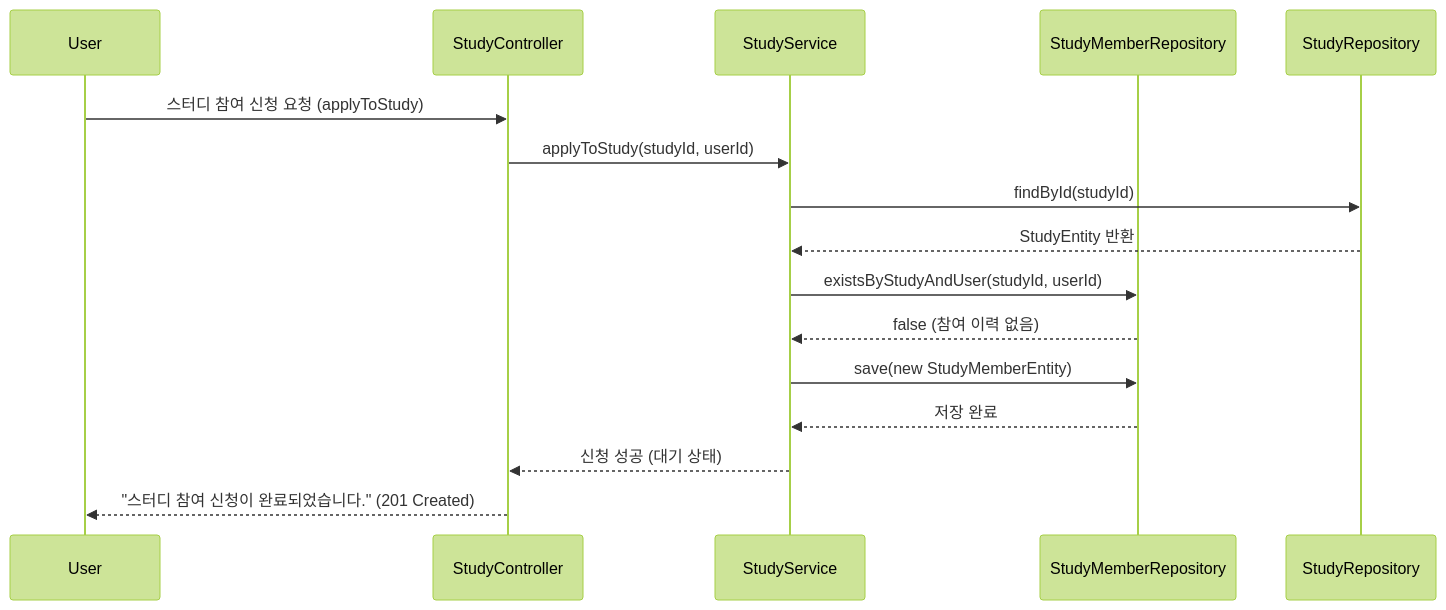
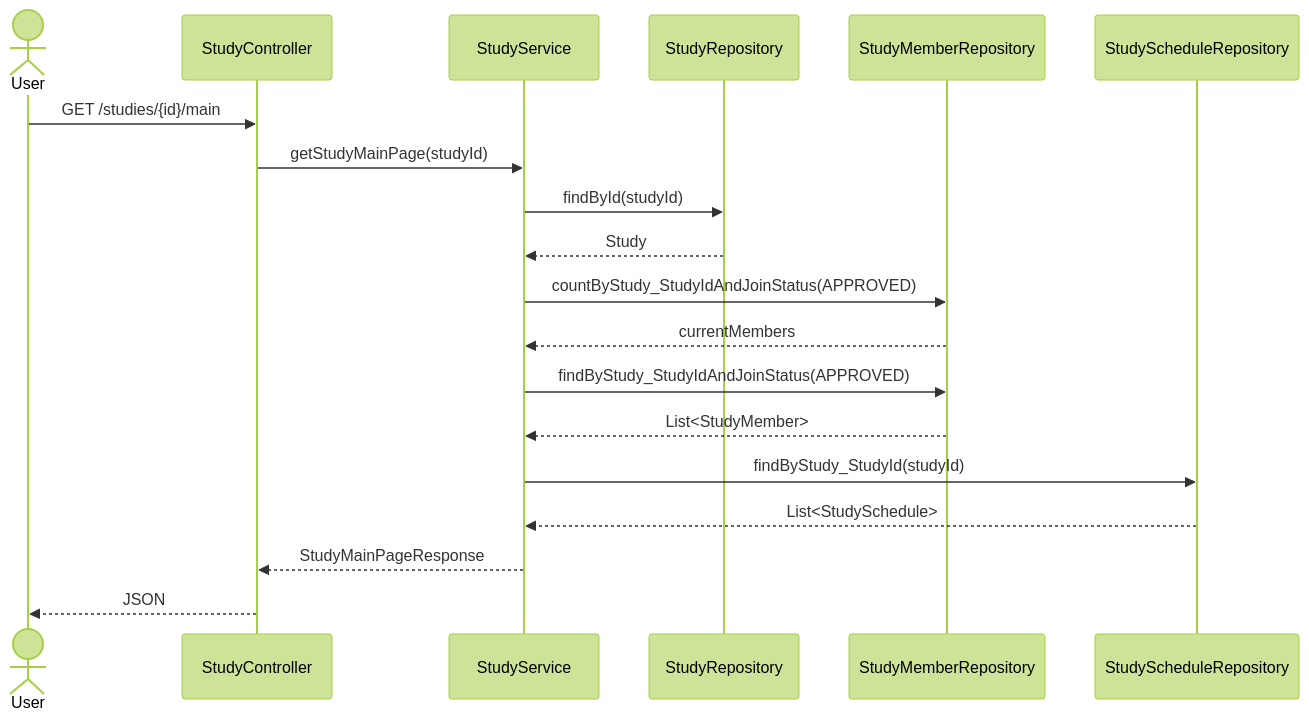
Before and after one commit to OHWCH/se_dev: diagram 18 of 47 in SDS_[깃라잡이].md, drawn with Mermaid (forest theme). The commit also changed other lines of this file, not shown here.

Commit message:
스터디 시퀀스 다이어그램

````diff
--- a/SDS_[깃라잡이].md
+++ b/SDS_[깃라잡이].md
@@ -5012,20 +5048,22 @@
 ```mermaid
 sequenceDiagram
-    participant User
-    participant StudyController
-    participant StudyService
-    participant StudyMemberRepository
-    participant StudyRepository
+    actor User
+    User ->> StudyController: GET /studies/{id}/main
 
-    User->>StudyController: 스터디 참여 신청 요청 (applyToStudy)
-    StudyController->>StudyService: applyToStudy(studyId, userId)
-    StudyService->>StudyRepository: findById(studyId)
-    StudyRepository-->>StudyService: StudyEntity 반환
-    StudyService->>StudyMemberRepository: existsByStudyAndUser(studyId, userId)
-    StudyMemberRepository-->>StudyService: false (참여 이력 없음)
-    StudyService->>StudyMemberRepository: save(new StudyMemberEntity)
-    StudyMemberRepository-->>StudyService: 저장 완료
-    StudyService-->>StudyController: 신청 성공 (대기 상태)
-    StudyController-->>User: "스터디 참여 신청이 완료되었습니다." (201 Created)
+    StudyController ->> StudyService: getStudyMainPage(studyId)
+    StudyService ->> StudyRepository: findById(studyId)
+    StudyRepository -->> StudyService: Study
+
+    StudyService ->> StudyMemberRepository: countByStudy_StudyIdAndJoinStatus(APPROVED)
+    StudyMemberRepository -->> StudyService: currentMembers
+
+    StudyService ->> StudyMemberRepository: findByStudy_StudyIdAndJoinStatus(APPROVED)
+    StudyMemberRepository -->> StudyService: List<StudyMember>
+
+    StudyService ->> StudyScheduleRepository: findByStudy_StudyId(studyId)
+    StudyScheduleRepository -->> StudyService: List<StudySchedule>
+
+    StudyService -->> StudyController: StudyMainPageResponse
+    StudyController -->> User: JSON
 
 ```
````
